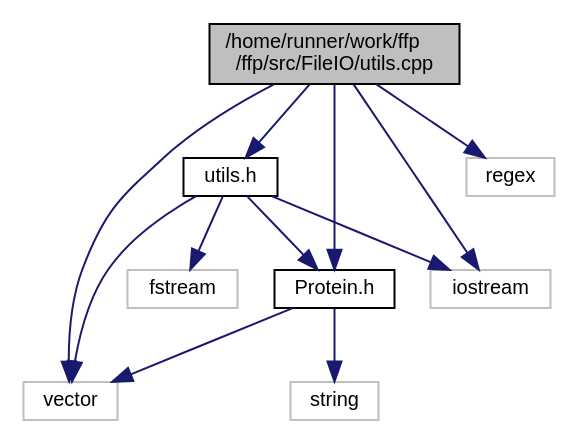
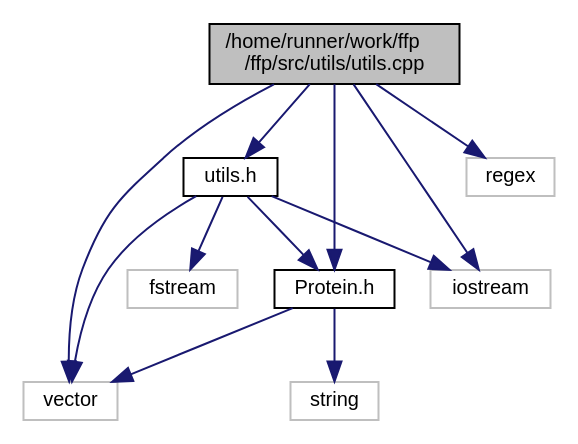
One commit to Mohamed-Nser-Said/ffp changed the diagram in utils_8cpp__incl.dot. Above: the diagram before and after it, drawn with Graphviz. The commit also changed 47 other files, not shown here.

```diff
--- a/utils_8cpp__incl.dot
+++ b/utils_8cpp__incl.dot
@@ -1,25 +1,25 @@
-digraph "/home/runner/work/ffp/ffp/src/FileIO/utils.cpp"
+digraph "/home/runner/work/ffp/ffp/src/utils/utils.cpp"
 {
  // LATEX_PDF_SIZE
   edge [fontname="Helvetica",fontsize="10",labelfontname="Helvetica",labelfontsize="10"];
   node [fontname="Helvetica",fontsize="10",shape=record];
-  Node1 [label="/home/runner/work/ffp\l/ffp/src/FileIO/utils.cpp",height=0.2,width=0.4,color="black", fillcolor="grey75", style="filled", fontcolor="black",tooltip=" "];
+  Node1 [label="/home/runner/work/ffp\l/ffp/src/utils/utils.cpp",height=0.2,width=0.4,color="black", fillcolor="grey75", style="filled", fontcolor="black",tooltip=" "];
   Node1 -> Node2 [color="midnightblue",fontsize="10",style="solid",fontname="Helvetica"];
   Node2 [label="utils.h",height=0.2,width=0.4,color="black", fillcolor="white", style="filled",URL="$utils_8h.html",tooltip=" "];
   Node2 -> Node3 [color="midnightblue",fontsize="10",style="solid",fontname="Helvetica"];
   Node3 [label="vector",height=0.2,width=0.4,color="grey75", fillcolor="white", style="filled",tooltip=" "];
   Node2 -> Node4 [color="midnightblue",fontsize="10",style="solid",fontname="Helvetica"];
   Node4 [label="iostream",height=0.2,width=0.4,color="grey75", fillcolor="white", style="filled",tooltip=" "];
   Node2 -> Node5 [color="midnightblue",fontsize="10",style="solid",fontname="Helvetica"];
   Node5 [label="fstream",height=0.2,width=0.4,color="grey75", fillcolor="white", style="filled",tooltip=" "];
   Node2 -> Node6 [color="midnightblue",fontsize="10",style="solid",fontname="Helvetica"];
   Node6 [label="Protein.h",height=0.2,width=0.4,color="black", fillcolor="white", style="filled",URL="$Protein_8h.html",tooltip=" "];
   Node6 -> Node7 [color="midnightblue",fontsize="10",style="solid",fontname="Helvetica"];
   Node7 [label="string",height=0.2,width=0.4,color="grey75", fillcolor="white", style="filled",tooltip=" "];
   Node6 -> Node3 [color="midnightblue",fontsize="10",style="solid",fontname="Helvetica"];
   Node1 -> Node4 [color="midnightblue",fontsize="10",style="solid",fontname="Helvetica"];
   Node1 -> Node3 [color="midnightblue",fontsize="10",style="solid",fontname="Helvetica"];
   Node1 -> Node8 [color="midnightblue",fontsize="10",style="solid",fontname="Helvetica"];
   Node8 [label="regex",height=0.2,width=0.4,color="grey75", fillcolor="white", style="filled",tooltip=" "];
   Node1 -> Node6 [color="midnightblue",fontsize="10",style="solid",fontname="Helvetica"];
 }
```
